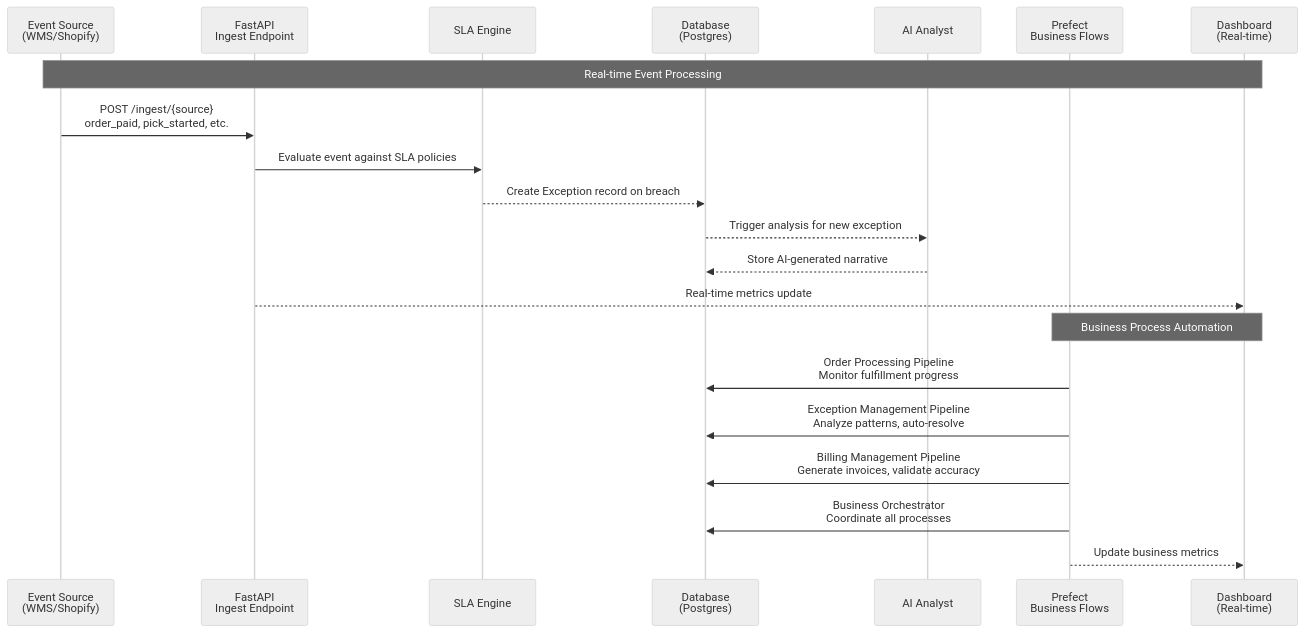
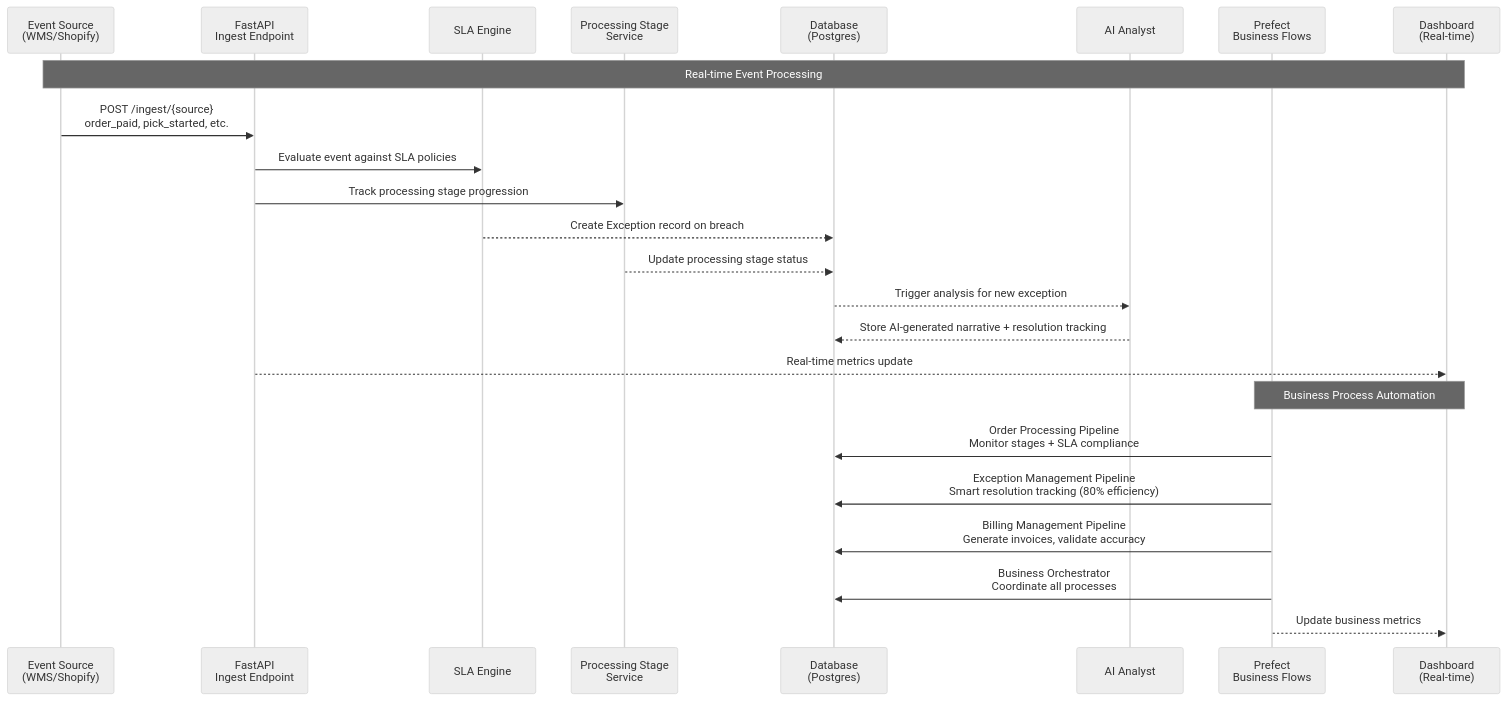
The third of 4 diagrams in README.md (chernistry/e2a), drawn with Mermaid (neutral theme) before and after one commit. The commit also changed other lines of this file and 13 other files, not shown here.

First line of the commit message:
Implement processing stage management and data completeness tracking

````diff
--- a/README.md
+++ b/README.md
@@ -287,25 +277,28 @@
 ```mermaid
 sequenceDiagram
     participant Source as Event Source<br/>(WMS/Shopify)
     participant API as FastAPI<br/>Ingest Endpoint
     participant SLA as SLA Engine
+    participant STAGE as Processing Stage<br/>Service
     participant DB as Database<br/>(Postgres)
     participant AI as AI Analyst
     participant Prefect as Prefect<br/>Business Flows
     participant Dashboard as Dashboard<br/>(Real-time)
 
     Note over Source,Dashboard: Real-time Event Processing
     Source->>API: POST /ingest/{source}<br/>order_paid, pick_started, etc.
     API->>SLA: Evaluate event against SLA policies
+    API->>STAGE: Track processing stage progression
     SLA-->>DB: Create Exception record on breach
+    STAGE-->>DB: Update processing stage status
     DB-->>AI: Trigger analysis for new exception
-    AI-->>DB: Store AI-generated narrative
+    AI-->>DB: Store AI-generated narrative + resolution tracking
     API-->>Dashboard: Real-time metrics update
     
     Note over Prefect,Dashboard: Business Process Automation
-    Prefect->>DB: Order Processing Pipeline<br/>Monitor fulfillment progress
-    Prefect->>DB: Exception Management Pipeline<br/>Analyze patterns, auto-resolve
+    Prefect->>DB: Order Processing Pipeline<br/>Monitor stages + SLA compliance
+    Prefect->>DB: Exception Management Pipeline<br/>Smart resolution tracking (80% efficiency)
     Prefect->>DB: Billing Management Pipeline<br/>Generate invoices, validate accuracy
     Prefect->>DB: Business Orchestrator<br/>Coordinate all processes
     Prefect-->>Dashboard: Update business metrics
 ```
````
